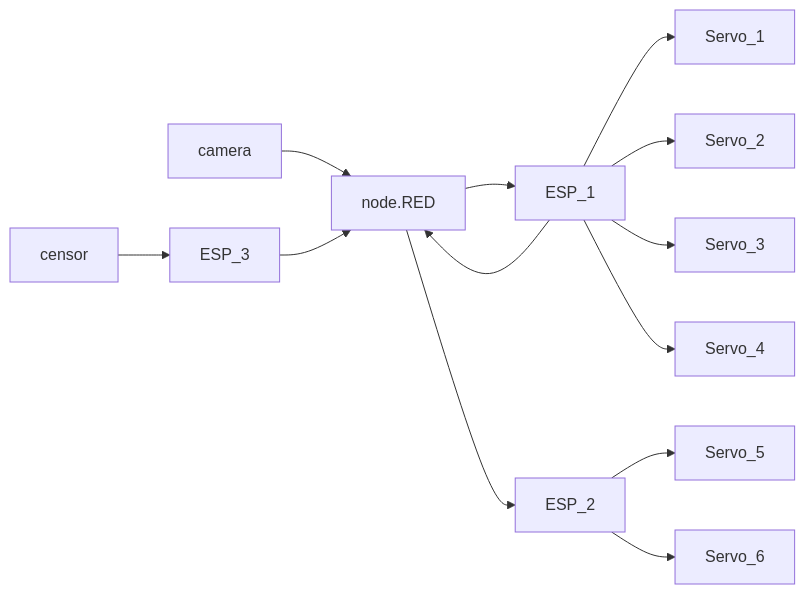
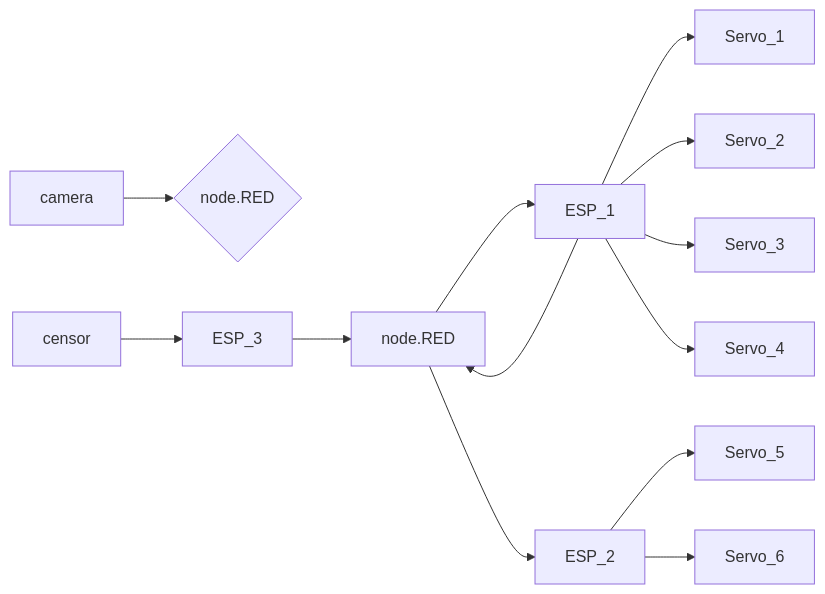
The diagram in README.md (evry-paris-saclay/2023-m2cns-rd-ChaineDeValeurs), drawn with Mermaid before and after one commit.

````diff
--- a/README.md
+++ b/README.md
@@ -12,15 +12,15 @@
 ```mermaid
 flowchart LR;
-    camera-->node.RED;
+    camera-->c{node.RED};
     node.RED-->ESP_1;
     ESP_1-->Servo_1;
     ESP_1-->Servo_2;
     ESP_1-->Servo_3;
     ESP_1-->Servo_4;
     ESP_1-->node.RED;
     node.RED-->ESP_2;
     ESP_2-->Servo_5;
     ESP_2-->Servo_6;
     censor-->ESP_3;
     ESP_3-->node.RED;
 ```
````
